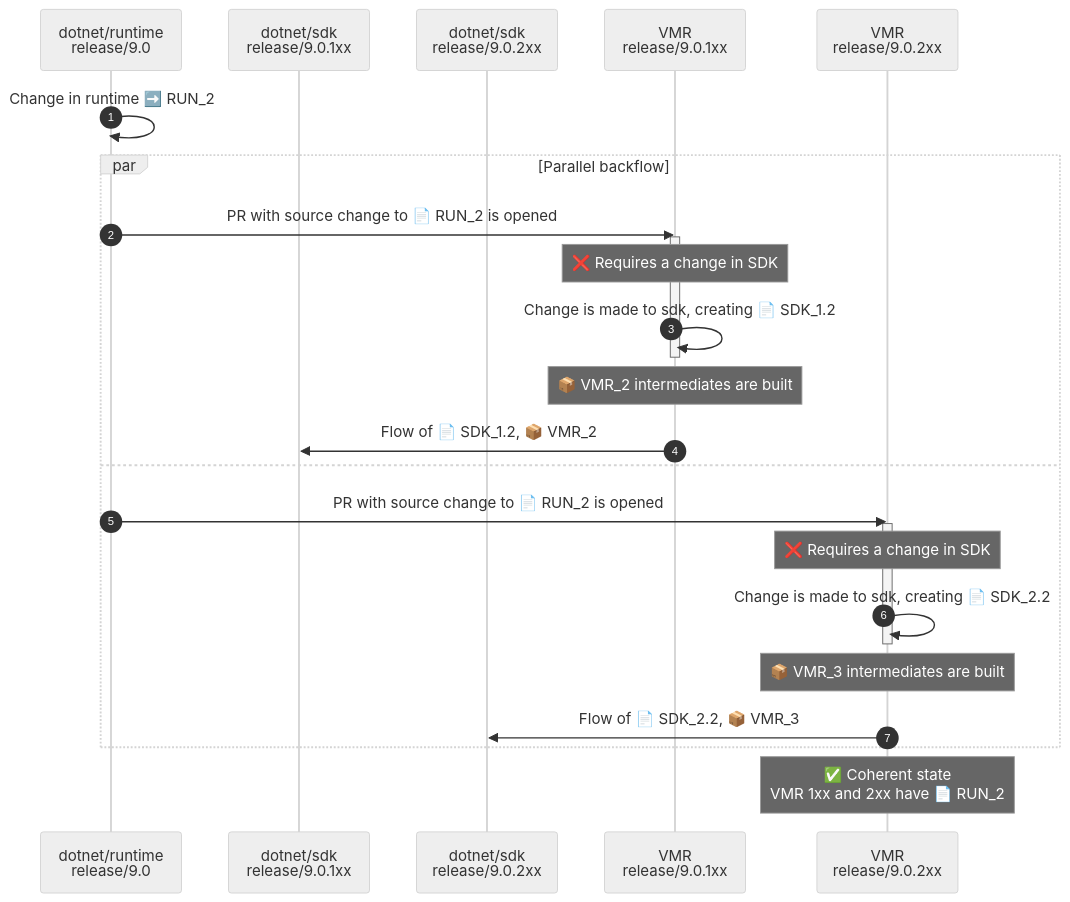
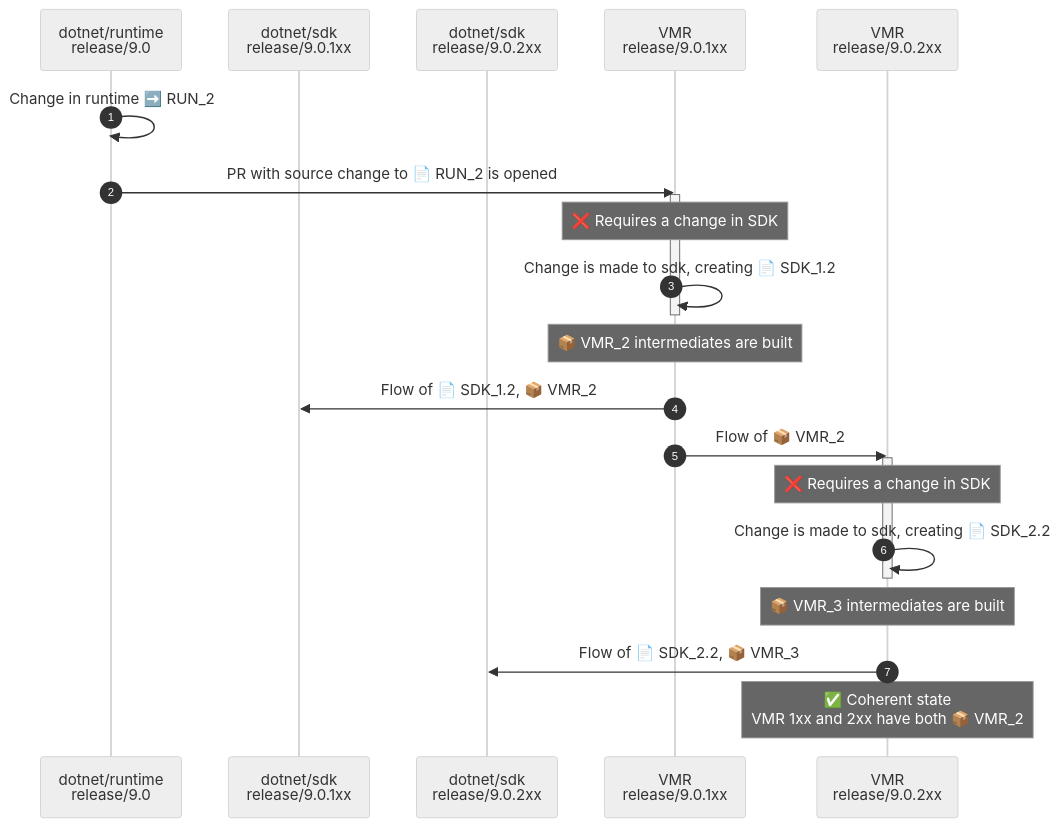
Before and after one commit to dotnet/arcade: the second of 2 diagrams in Documentation/UnifiedBuild/VMR-Managing-SDK-Bands-SDK-branches.md, drawn with Mermaid (neutral theme). The commit also changed other lines of this file and 1 other file, not shown here.

````diff
--- a/Documentation/UnifiedBuild/VMR-Managing-SDK-Bands-SDK-branches.md
+++ b/Documentation/UnifiedBuild/VMR-Managing-SDK-Bands-SDK-branches.md
@@ -64,32 +73,31 @@
 ```mermaid
 sequenceDiagram
     autonumber
 
     participant runtime as dotnet/runtime<br />release/9.0
     participant SDK_1xx as dotnet/sdk<br />release/9.0.1xx
     participant SDK_2xx as dotnet/sdk<br />release/9.0.2xx
     participant VMR_1xx as VMR<br />release/9.0.1xx
     participant VMR_2xx as VMR<br />release/9.0.2xx
 
     runtime->>runtime: Change in runtime ➡️ RUN_2
 
-    par Parallel backflow
-        runtime->>VMR_1xx: PR with source change to 📄 RUN_2 is opened
-        activate VMR_1xx
-        Note over VMR_1xx: ❌ Requires a change in SDK
-        VMR_1xx->>VMR_1xx: Change is made to sdk, creating 📄 SDK_1.2
-        deactivate VMR_1xx
-        Note over VMR_1xx: 📦 VMR_2 intermediates are built
-        VMR_1xx->>SDK_1xx: Flow of 📄 SDK_1.2, 📦 VMR_2
-    and
-        runtime->>VMR_2xx: PR with source change to 📄 RUN_2 is opened
-        activate VMR_2xx
-        Note over VMR_2xx: ❌ Requires a change in SDK
-        VMR_2xx->>VMR_2xx: Change is made to sdk, creating 📄 SDK_2.2
-        deactivate VMR_2xx
-        Note over VMR_2xx: 📦 VMR_3 intermediates are built
-        VMR_2xx->>SDK_2xx: Flow of 📄 SDK_2.2, 📦 VMR_3
-    end
+    runtime->>VMR_1xx: PR with source change to 📄 RUN_2 is opened
+    activate VMR_1xx
+    Note over VMR_1xx: ❌ Requires a change in SDK
+    VMR_1xx->>VMR_1xx: Change is made to sdk, creating 📄 SDK_1.2
+    deactivate VMR_1xx
+    Note over VMR_1xx: 📦 VMR_2 intermediates are built
 
-    Note over VMR_2xx: ✅ Coherent state<br />VMR 1xx and 2xx have 📄 RUN_2
+    VMR_1xx->>SDK_1xx: Flow of 📄 SDK_1.2, 📦 VMR_2
+
+    VMR_1xx->>VMR_2xx: Flow of 📦 VMR_2
+    activate VMR_2xx
+    Note over VMR_2xx: ❌ Requires a change in SDK
+    VMR_2xx->>VMR_2xx: Change is made to sdk, creating 📄 SDK_2.2
+    deactivate VMR_2xx
+    Note over VMR_2xx: 📦 VMR_3 intermediates are built
+    VMR_2xx->>SDK_2xx: Flow of 📄 SDK_2.2, 📦 VMR_3
+
+    Note over VMR_2xx: ✅ Coherent state<br />VMR 1xx and 2xx have both 📦 VMR_2
 ```
````
